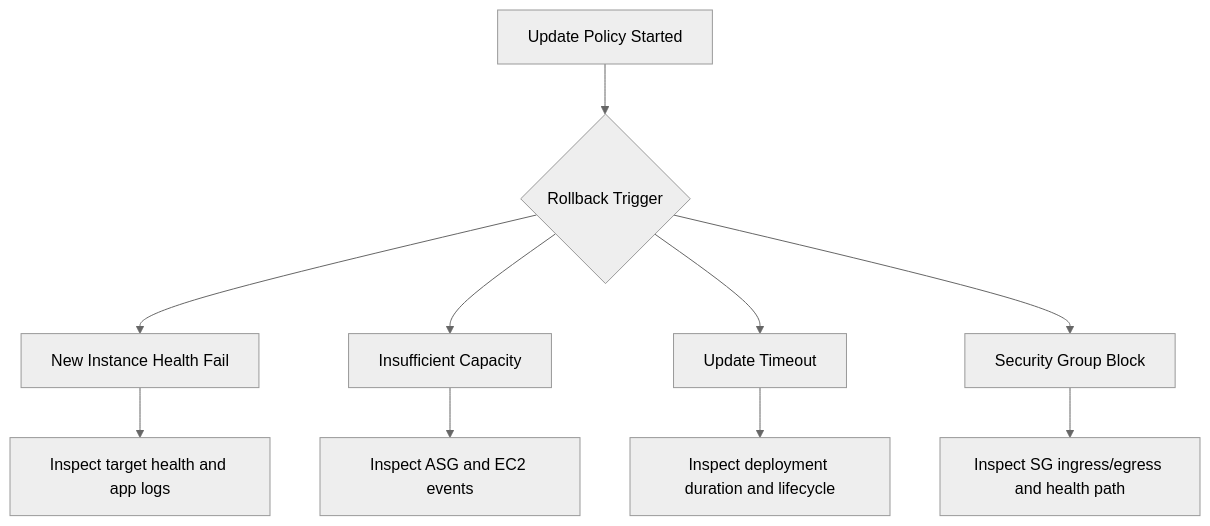
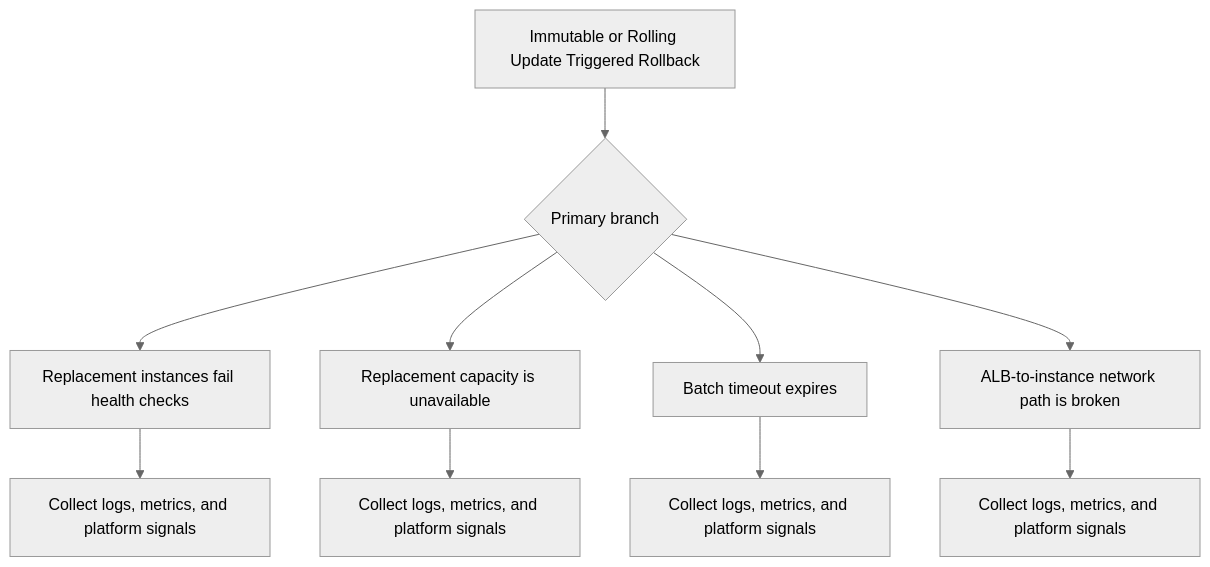
One commit to yeongseon/aws-elastic-beanstalk-practical-guide changed the first of 2 diagrams in docs/troubleshooting/playbooks/deployment-availability/immutable-update-rollback.md. Above: the diagram before and after it, drawn with Mermaid (neutral theme). The commit also changed other lines of this file and 223 other files, not shown here.

````diff
--- a/docs/troubleshooting/playbooks/deployment-availability/immutable-update-rollback.md
+++ b/docs/troubleshooting/playbooks/deployment-availability/immutable-update-rollback.md
@@ -12,12 +6,12 @@
 ```mermaid
 flowchart TD
-    A[Update Policy Started] --> B{Rollback Trigger}
-    B --> C[New Instance Health Fail]
-    B --> D[Insufficient Capacity]
-    B --> E[Update Timeout]
-    B --> F[Security Group Block]
-    C --> G[Inspect target health and app logs]
-    D --> H[Inspect ASG and EC2 events]
-    E --> I[Inspect deployment duration and lifecycle]
-    F --> J[Inspect SG ingress/egress and health path]
+    A[Immutable or Rolling Update Triggered Rollback] --> B{Primary branch}
+    B --> C1[Replacement instances fail health checks]
+    C1 --> D1[Collect logs, metrics, and platform signals]
+    B --> C2[Replacement capacity is unavailable]
+    C2 --> D2[Collect logs, metrics, and platform signals]
+    B --> C3[Batch timeout expires]
+    C3 --> D3[Collect logs, metrics, and platform signals]
+    B --> C4[ALB-to-instance network path is broken]
+    C4 --> D4[Collect logs, metrics, and platform signals]
 ```
````
